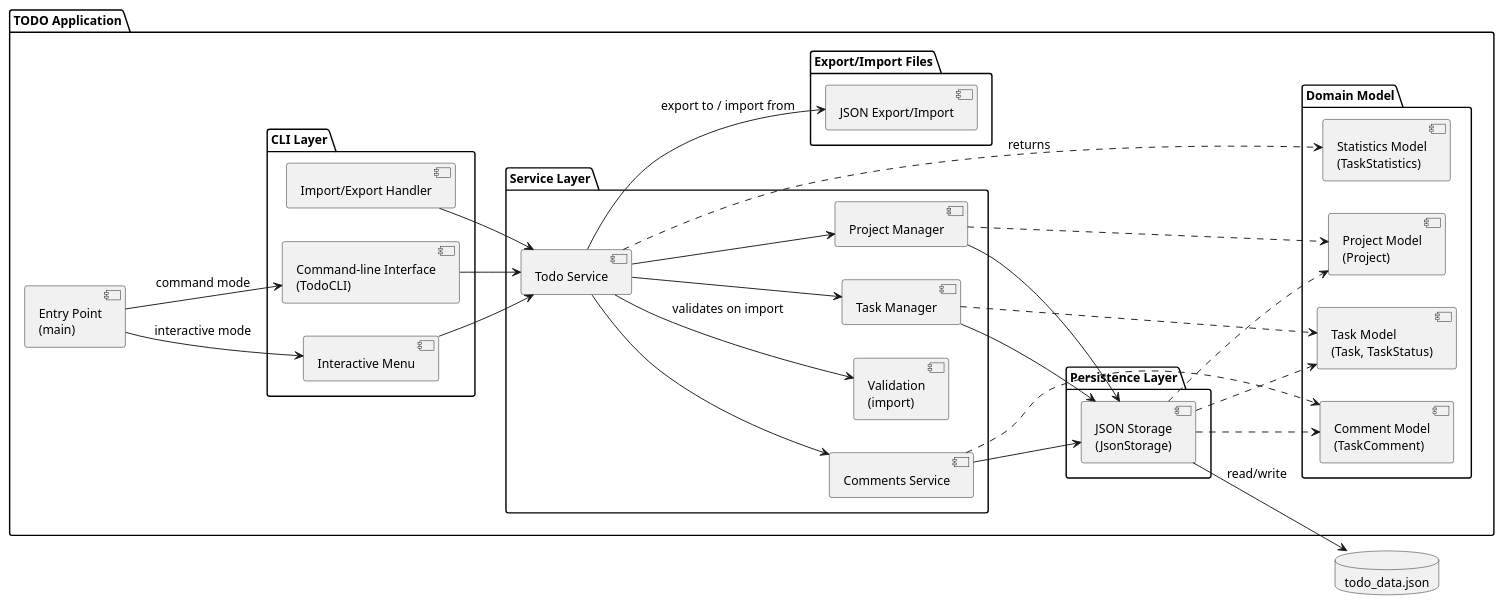
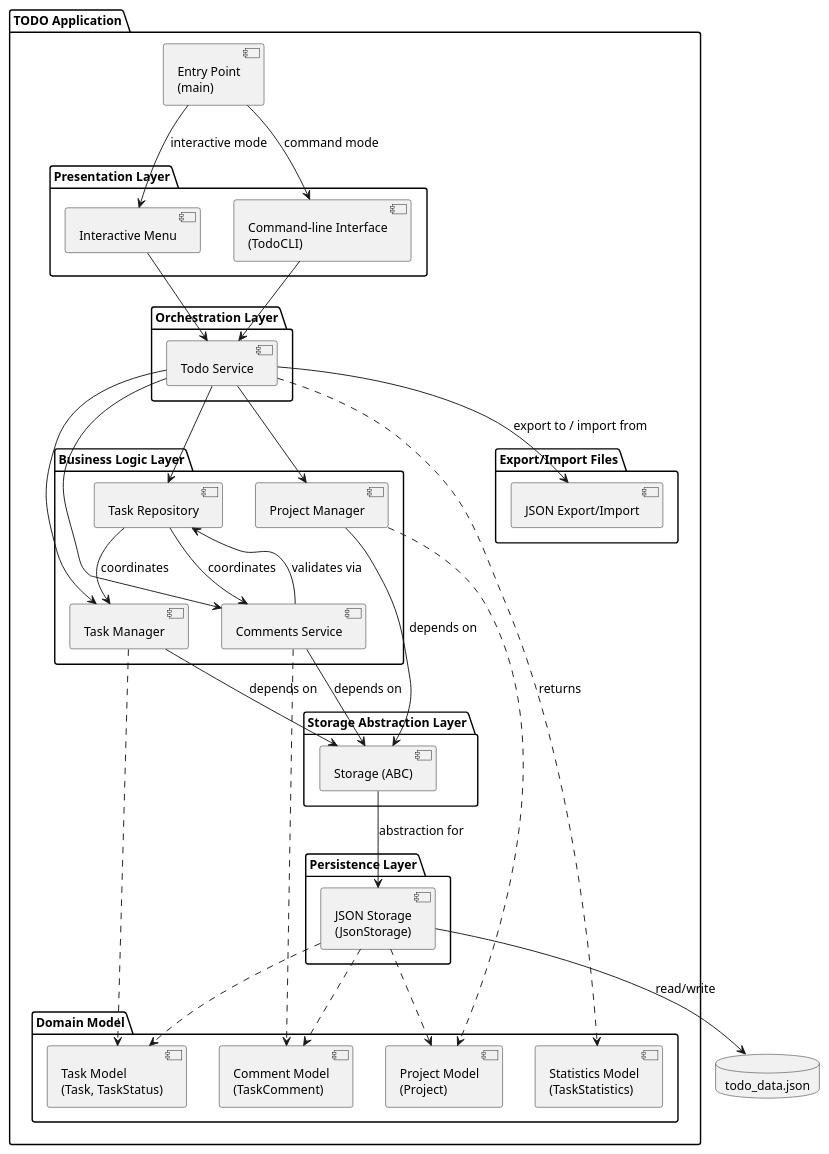
The diagram in experiments/supervisor_as_tools/structured_text/TODO/artifacts/component_diagram.puml (DanielRiha8906/Software_autoevolution_using_agents), drawn with PlantUML before and after one commit. The commit also changed 14 other files, not shown here.

```diff
--- a/experiments/supervisor_as_tools/structured_text/TODO/artifacts/component_diagram.puml
+++ b/experiments/supervisor_as_tools/structured_text/TODO/artifacts/component_diagram.puml
@@ -1,69 +1,81 @@
 @startuml component_diagram
 
 skinparam componentStyle uml2
 skinparam defaultFontSize 13
 
-left to right direction
+top to bottom direction
 
 package "TODO Application" {
 
     component "Entry Point\n(main)" as Main
 
-    package "CLI Layer" {
+    package "Presentation Layer" {
         component "Interactive Menu" as IM
         component "Command-line Interface\n(TodoCLI)" as CLI
-        component "Import/Export Handler" as IEH
     }
 
-    package "Service Layer" {
+    package "Orchestration Layer" {
         component "Todo Service" as SVC
+    }
+
+    package "Business Logic Layer" {
         component "Task Manager" as MGR
         component "Project Manager" as PMR
         component "Comments Service" as COM
-        component "Validation\n(import)" as VAL
+        component "Task Repository" as REPO
     }
 
     package "Domain Model" {
         component "Task Model\n(Task, TaskStatus)" as Model
         component "Project Model\n(Project)" as ProjectModel
         component "Comment Model\n(TaskComment)" as CommentModel
         component "Statistics Model\n(TaskStatistics)" as StatsModel
+    }
+
+    package "Storage Abstraction Layer" {
+        component "Storage (ABC)" as StorageABC
     }
 
     package "Persistence Layer" {
         component "JSON Storage\n(JsonStorage)" as Storage
     }
 
     package "Export/Import Files" {
         component "JSON Export/Import" as Files
     }
 }
 
 database "todo_data.json" as DB
 
 Main --> IM : interactive mode
 Main --> CLI : command mode
 
 IM --> SVC
 CLI --> SVC
-IEH --> SVC
 
 SVC --> MGR
 SVC --> PMR
 SVC --> COM
-SVC --> VAL : validates on import
+SVC --> REPO
 SVC ..> StatsModel : returns
-MGR --> Storage
+
+REPO --> MGR : coordinates
+REPO --> COM : coordinates
+
+MGR --> StorageABC : depends on
 MGR ..> Model
-PMR --> Storage
+PMR --> StorageABC : depends on
 PMR ..> ProjectModel
-COM --> Storage
+COM --> StorageABC : depends on
+COM --> REPO : validates via
 COM ..> CommentModel
+
+StorageABC --> Storage : abstraction for
+Storage --> DB : read/write
 Storage ..> Model
 Storage ..> ProjectModel
 Storage ..> CommentModel
 
-Storage --> DB : read/write
 SVC --> Files : export to / import from
 
 @enduml
```
